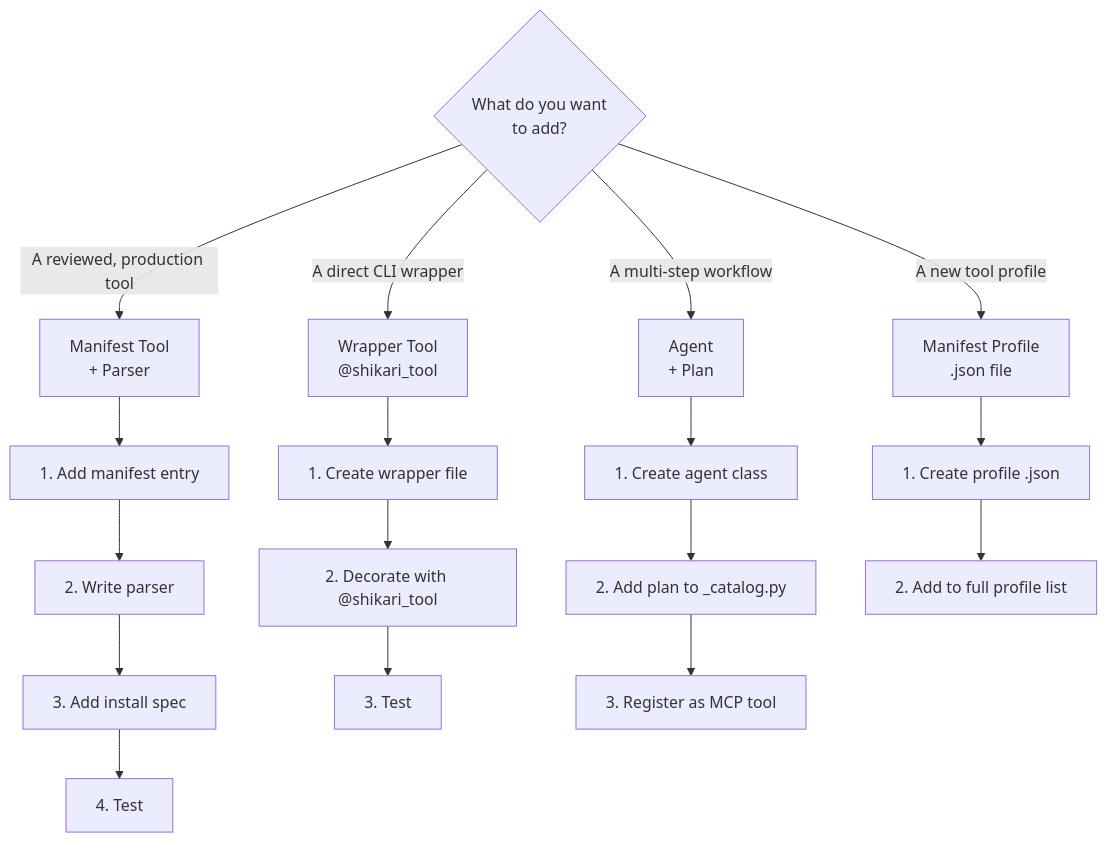
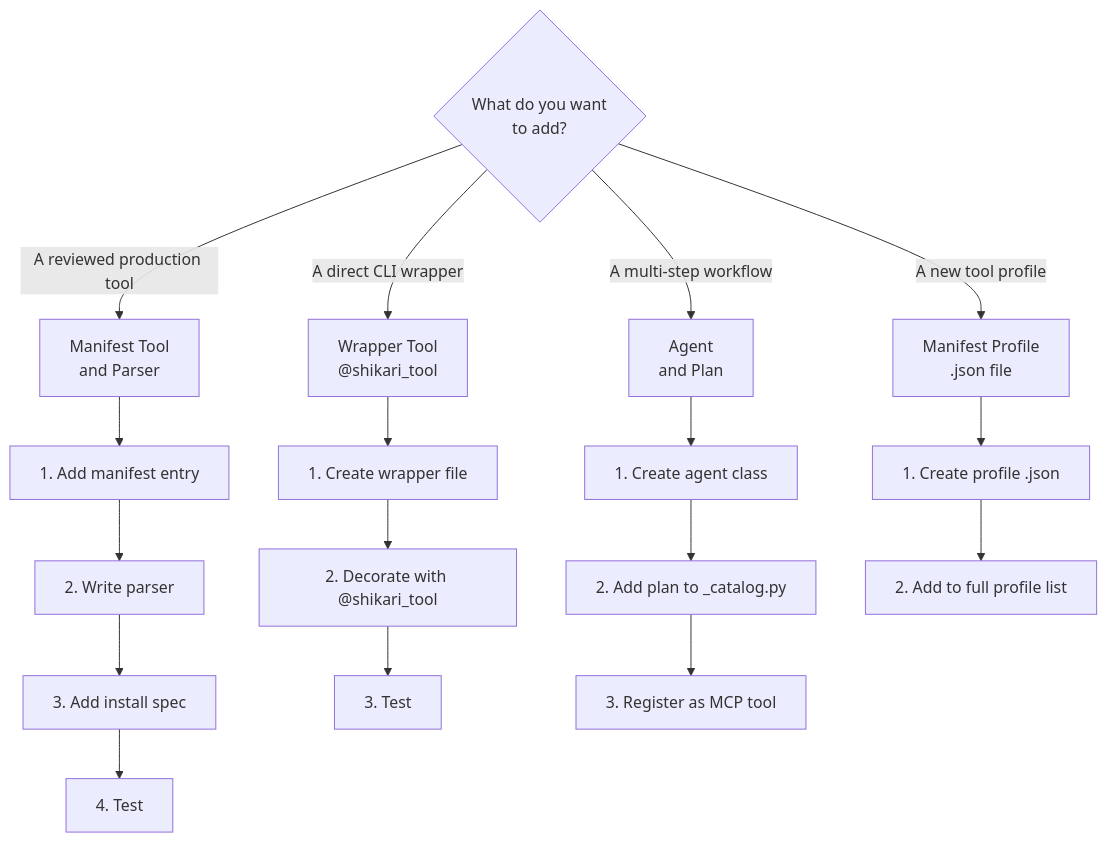
Before and after one commit to Zaeem20/ShikariMCP: the diagram in docs/CONTRIBUTING.md, drawn with Mermaid. The commit also changed 4 other files, not shown here.

First line of the commit message:
fix(docs): quote mermaid labels for GitHub rendering, use image in README

````diff
--- a/docs/CONTRIBUTING.md
+++ b/docs/CONTRIBUTING.md
@@ -7,23 +7,23 @@
 ```mermaid
 flowchart TB
-    Q{What do you want<br/>to add?} -->|A reviewed, production tool| M[Manifest Tool<br/>+ Parser]
-    Q -->|A direct CLI wrapper| W[Wrapper Tool<br/>@shikari_tool]
-    Q -->|A multi-step workflow| A[Agent<br/>+ Plan]
-    Q -->|A new tool profile| P[Manifest Profile<br/>.json file]
+    Q{"What do you want<br/>to add?"} -->|A reviewed production tool| M["Manifest Tool<br/>and Parser"]
+    Q -->|A direct CLI wrapper| W["Wrapper Tool<br/>@shikari_tool"]
+    Q -->|A multi-step workflow| A["Agent<br/>and Plan"]
+    Q -->|A new tool profile| P["Manifest Profile<br/>.json file"]
 
-    M --> M1[1. Add manifest entry]
-    M1 --> M2[2. Write parser]
-    M2 --> M3[3. Add install spec]
-    M3 --> M4[4. Test]
+    M --> M1["1. Add manifest entry"]
+    M1 --> M2["2. Write parser"]
+    M2 --> M3["3. Add install spec"]
+    M3 --> M4["4. Test"]
 
-    W --> W1[1. Create wrapper file]
-    W1 --> W2[2. Decorate with @shikari_tool]
-    W2 --> W3[3. Test]
+    W --> W1["1. Create wrapper file"]
+    W1 --> W2["2. Decorate with @shikari_tool"]
+    W2 --> W3["3. Test"]
 
-    A --> A1[1. Create agent class]
-    A1 --> A2[2. Add plan to _catalog.py]
-    A2 --> A3[3. Register as MCP tool]
+    A --> A1["1. Create agent class"]
+    A1 --> A2["2. Add plan to _catalog.py"]
+    A2 --> A3["3. Register as MCP tool"]
 
-    P --> P1[1. Create profile .json]
-    P1 --> P2[2. Add to full profile list]
+    P --> P1["1. Create profile .json"]
+    P1 --> P2["2. Add to full profile list"]
 ```
````
